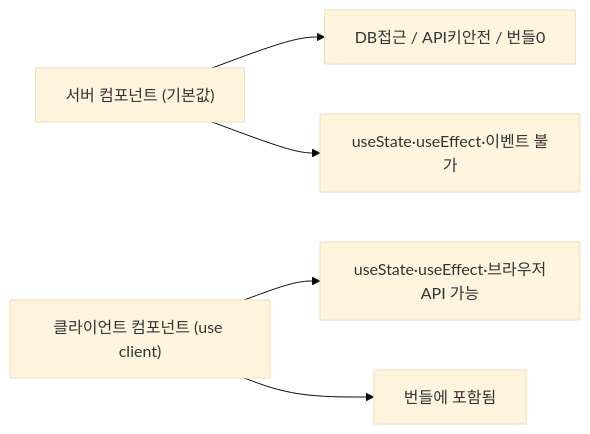
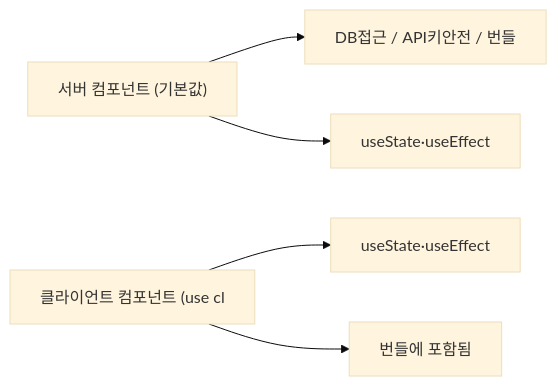
Before and after one commit to yjkim2015/yjkim2015.github.io: the third of 6 diagrams in _posts/frontend/2026-05-02-nextjs-fundamentals.md, drawn with Mermaid (base theme). The commit also changed other lines of this file and 271 other files, not shown here.

First line of the commit message:
Mermaid 라벨 축소: 긴 노드 텍스트 18자 이하로 트림 + \n 제거

````diff
--- a/_posts/frontend/2026-05-02-nextjs-fundamentals.md
+++ b/_posts/frontend/2026-05-02-nextjs-fundamentals.md
@@ -107,9 +107,9 @@
 ```mermaid
 graph LR
     SC["서버 컴포넌트 (기본값)"]
-    CC["클라이언트 컴포넌트 (use client)"]
-    SC --> SC1["DB접근 / API키안전 / 번들0"]
-    SC --> SC2["useState·useEffect·이벤트 불가"]
-    CC --> CC1["useState·useEffect·브라우저API 가능"]
+    CC["클라이언트 컴포넌트 (use cl"]
+    SC --> SC1["DB접근 / API키안전 / 번들"]
+    SC --> SC2["useState·useEffect"]
+    CC --> CC1["useState·useEffect"]
     CC --> CC2["번들에 포함됨"]
 ```
````
